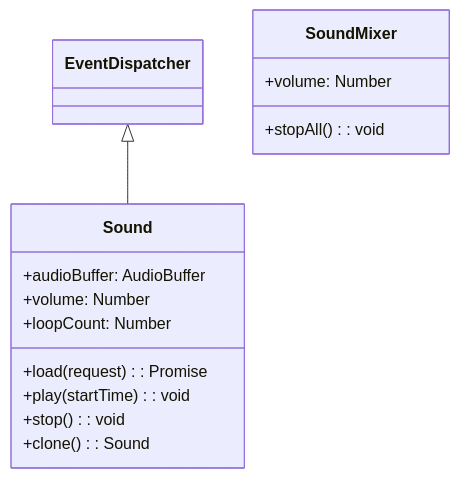
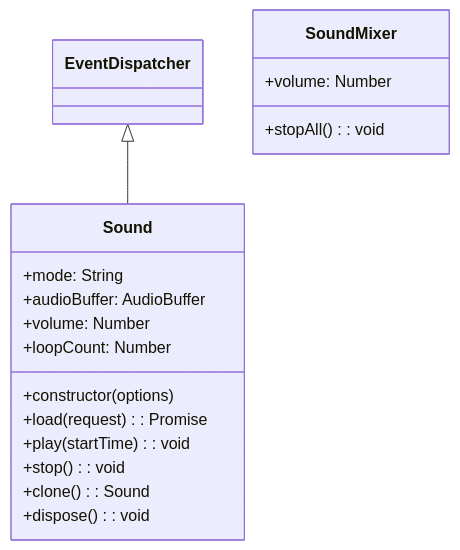
The diagram in specs/ja/sound.md (Next2D/player), drawn with Mermaid before and after one commit. The commit also changed other lines of this file and 2 other files, not shown here.

````diff
--- a/specs/ja/sound.md
+++ b/specs/ja/sound.md
@@ -7,17 +7,20 @@
 ```mermaid
 classDiagram
     EventDispatcher <|-- Sound
     class Sound {
+        +constructor(options)
+        +mode: String
         +audioBuffer: AudioBuffer
         +volume: Number
         +loopCount: Number
         +load(request): Promise
         +play(startTime): void
         +stop(): void
         +clone(): Sound
+        +dispose(): void
     }
     class SoundMixer {
         +volume: Number
         +stopAll(): void
     }
 ```
````
